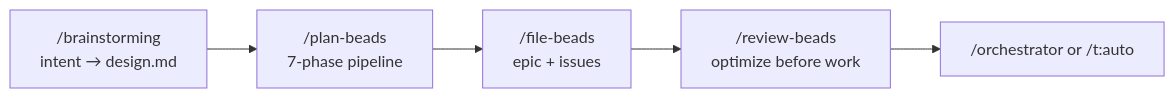
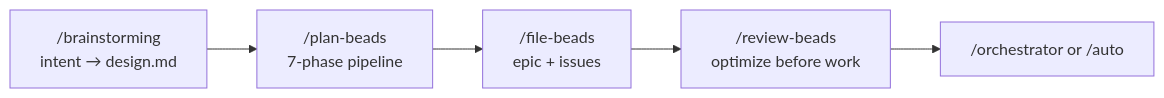
Before and after one commit to trungtnm/claude-code-utils: the second of 2 diagrams in README.md, drawn with Mermaid. The commit also changed other lines of this file and 144 other files, not shown here.

````diff
--- a/README.md
+++ b/README.md
@@ -104,7 +103,7 @@
 ```mermaid
 graph LR
     A["/brainstorming<br/>intent → design.md"] --> B["/plan-beads<br/>7-phase pipeline"]
     B --> C["/file-beads<br/>epic + issues"]
     C --> D["/review-beads<br/>optimize before work"]
-    D --> E["/orchestrator or /t:auto"]
+    D --> E["/orchestrator or /auto"]
 ```
````
